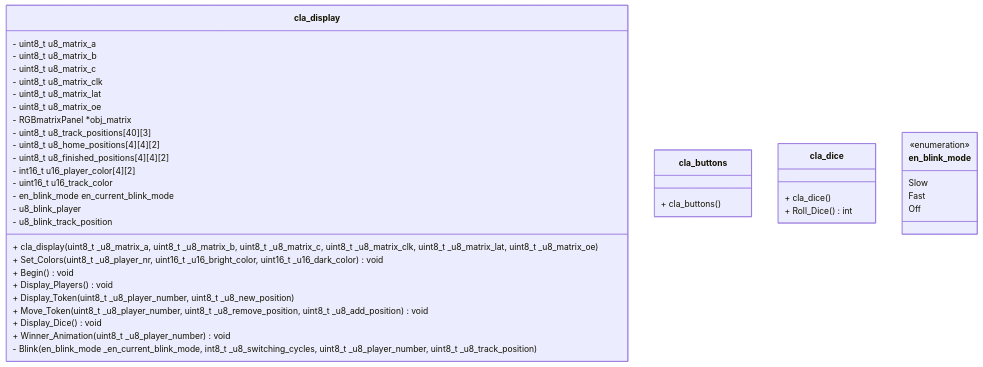
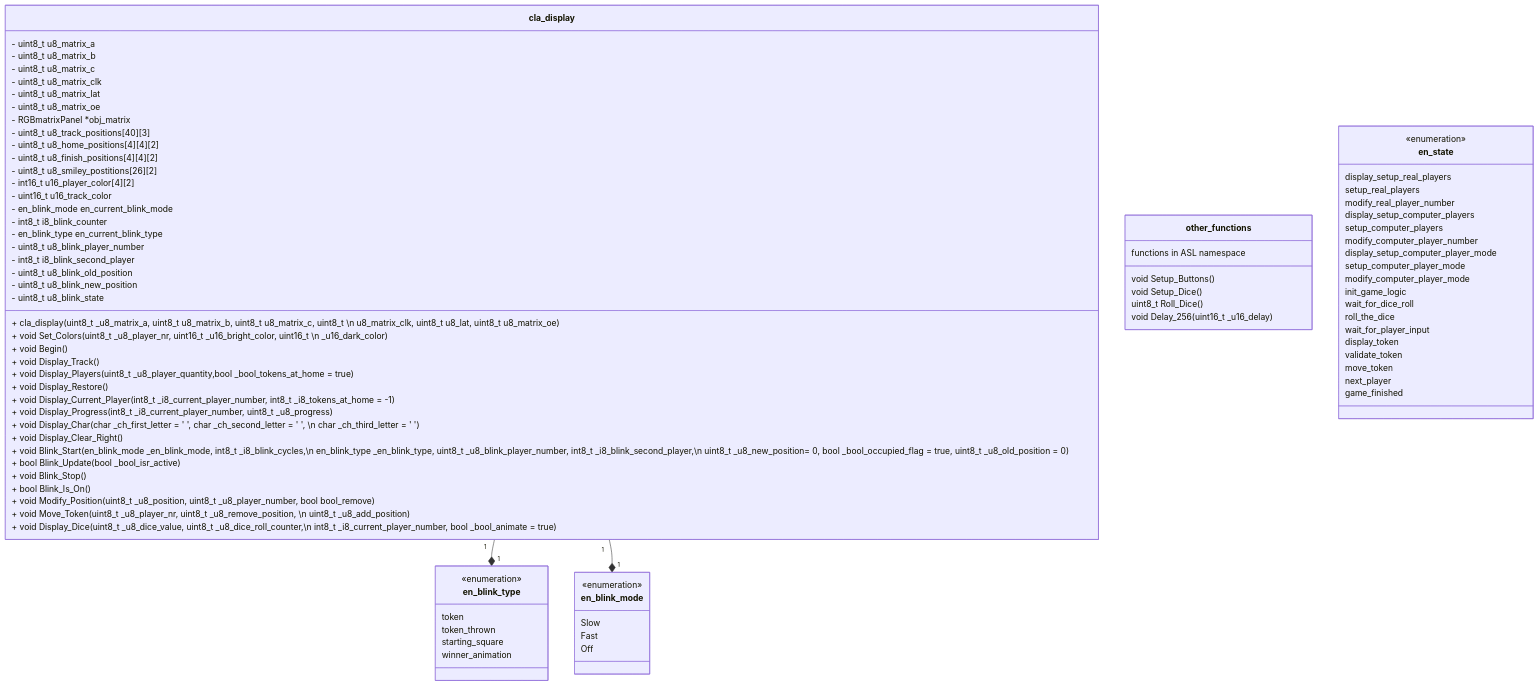
Before and after one commit to lukas1-12/Arduino_DHBW_Spiel: the fourth of 4 diagrams in Design_Description/Software_Architecture/DOC_DED_SOA_Software_Architecture.md, drawn with Mermaid. The commit also changed other lines of this file, not shown here.

Commit message:
Added display states and updated ASL class diagram.

````diff
--- a/Design_Description/Software_Architecture/DOC_DED_SOA_Software_Architecture.md
+++ b/Design_Description/Software_Architecture/DOC_DED_SOA_Software_Architecture.md
@@ -279,34 +287,84 @@
         - RGBmatrixPanel *obj_matrix
         - uint8_t u8_track_positions[40][3]
         - uint8_t u8_home_positions[4][4][2]
-        - uint8_t u8_finished_positions[4][4][2]
+        - uint8_t u8_finish_positions[4][4][2]
+        - uint8_t u8_smiley_postitions[26][2]
         - int16_t u16_player_color[4][2]
         - uint16_t u16_track_color
         - en_blink_mode en_current_blink_mode
-        - u8_blink_player
-        - u8_blink_track_position
+        - int8_t i8_blink_counter
+        - en_blink_type en_current_blink_type
+        - uint8_t u8_blink_player_number
+        - int8_t i8_blink_second_player
+        - uint8_t u8_blink_old_position
+        - uint8_t u8_blink_new_position
+        - uint8_t u8_blink_state
 
-        + cla_display(uint8_t _u8_matrix_a, uint8_t _u8_matrix_b, uint8_t _u8_matrix_c, uint8_t _u8_matrix_clk, uint8_t _u8_matrix_lat, uint8_t _u8_matrix_oe)
-        + Set_Colors(uint8_t _u8_player_nr, uint16_t _u16_bright_color, uint16_t _u16_dark_color) void
-        + Begin() void
-        + Display_Players() void
-        + Display_Token(uint8_t _u8_player_number, uint8_t _u8_new_position)
-        + Move_Token(uint8_t _u8_player_number, uint8_t _u8_remove_position, uint8_t _u8_add_position) void
-        + Display_Dice() void
-        + Winner_Animation(uint8_t _u8_player_number) void
-        - Blink(en_blink_mode _en_current_blink_mode, int8_t _u8_switching_cycles, uint8_t _u8_player_number, uint8_t _u8_track_position)
+        + cla_display(uint8_t _u8_matrix_a, uint8_t u8_matrix_b, uint8_t u8_matrix_c, uint8_t \n    u8_matrix_clk, uint8_t u8_lat, uint8_t u8_matrix_oe)
+        + void Set_Colors(uint8_t _u8_player_nr, uint16_t _u16_bright_color, uint16_t \n _u16_dark_color)
+        + void Begin()
+        + void Display_Track()
+        + void Display_Players(uint8_t _u8_player_quantity,bool _bool_tokens_at_home = true)
+        + void Display_Restore()
+        + void Display_Current_Player(int8_t _i8_current_player_number, int8_t _i8_tokens_at_home = -1)
+        + void Display_Progress(int8_t _i8_current_player_number, uint8_t _u8_progress)
+        + void Display_Char(char _ch_first_letter = ' ', char _ch_second_letter = ' ', \n char _ch_third_letter = ' ')
+        + void Display_Clear_Right()
+        + void Blink_Start(en_blink_mode _en_blink_mode, int8_t _i8_blink_cycles,\n en_blink_type _en_blink_type, uint8_t _u8_blink_player_number, int8_t _i8_blink_second_player,\n uint8_t _u8_new_position= 0, bool _bool_occupied_flag = true, uint8_t _u8_old_position = 0)
+        + bool Blink_Update(bool _bool_isr_active)
+        + void Blink_Stop()
+        + bool Blink_Is_On()
+        + void Modify_Position(uint8_t _u8_position, uint8_t _u8_player_number, bool bool_remove)
+        + void Move_Token(uint8_t _u8_player_nr, uint8_t _u8_remove_position, \n uint8_t _u8_add_position)
+        + void Display_Dice(uint8_t _u8_dice_value, uint8_t _u8_dice_roll_counter,\n int8_t _i8_current_player_number, bool _bool_animate = true)
+
     }
-    class cla_buttons{
-        + cla_buttons()
-    }
-    class cla_dice{
-        + cla_dice()
-        + Roll_Dice() int
-    }
+
     class en_blink_mode{
         <<enumeration>>
         Slow
         Fast
         Off
     }
+
+    class en_blink_type{
+        <<enumeration>>
+        token
+        token_thrown
+        starting_square
+        winner_animation
+    }
+
+    cla_display "1" --* "1" en_blink_type
+    cla_display "1" --* "1" en_blink_mode
+
+    class other_functions{
+        functions in ASL namespace
+        void Setup_Buttons()
+        void Setup_Dice()
+        uint8_t Roll_Dice()
+        void Delay_256(uint16_t _u16_delay)
+    }
+
+    class en_state{
+        <<enumeration>>
+        display_setup_real_players
+        setup_real_players
+        modify_real_player_number
+        display_setup_computer_players
+        setup_computer_players
+        modify_computer_player_number
+        display_setup_computer_player_mode
+        setup_computer_player_mode
+        modify_computer_player_mode        
+        init_game_logic                    
+        wait_for_dice_roll                 
+        roll_the_dice                      
+        wait_for_player_input              
+        display_token                      
+        validate_token                     
+        move_token                         
+        next_player                        
+        game_finished                      
+    }
 ```
````
